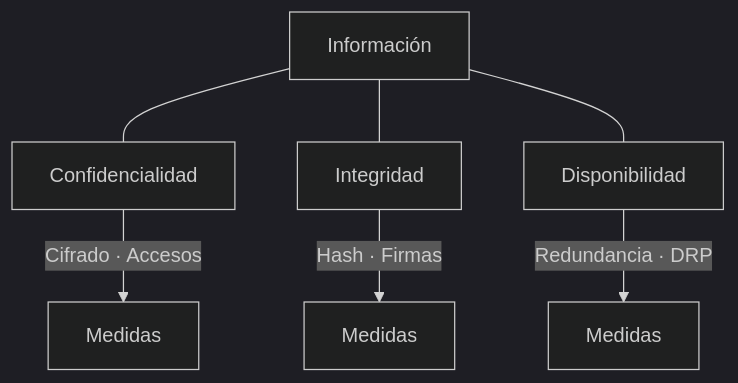
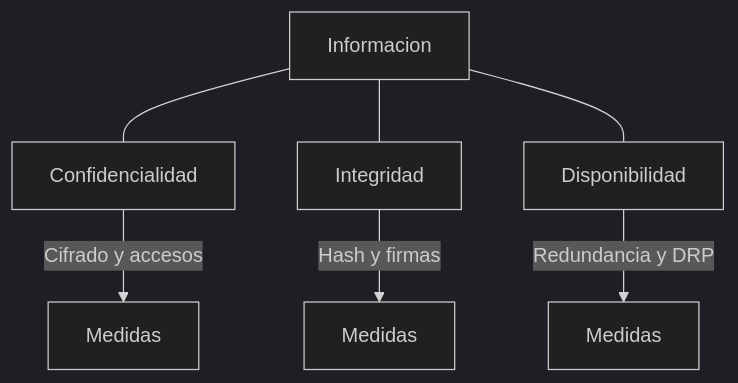
The second of 39 diagrams in README.md (LorenaLResusta/Digitalizacion), drawn with Mermaid (dark theme) before and after one commit. The commit also changed other lines of this file, not shown here.

First line of the commit message:
Add global mind map and update flowcharts

````diff
--- a/README.md
+++ b/README.md
@@ -114,9 +123,9 @@
 ```mermaid
-graph TD
-  I[Información] --- C1[Confidencialidad]
+flowchart TD
+  I[Informacion] --- C1[Confidencialidad]
   I --- I1[Integridad]
   I --- D1[Disponibilidad]
-  C1 -->|Cifrado · Accesos| M1[Medidas]
-  I1 -->|Hash · Firmas| M2[Medidas]
-  D1 -->|Redundancia · DRP| M3[Medidas]
+  C1 -->|Cifrado y accesos| M1[Medidas]
+  I1 -->|Hash y firmas| M2[Medidas]
+  D1 -->|Redundancia y DRP| M3[Medidas]
 ```
````
